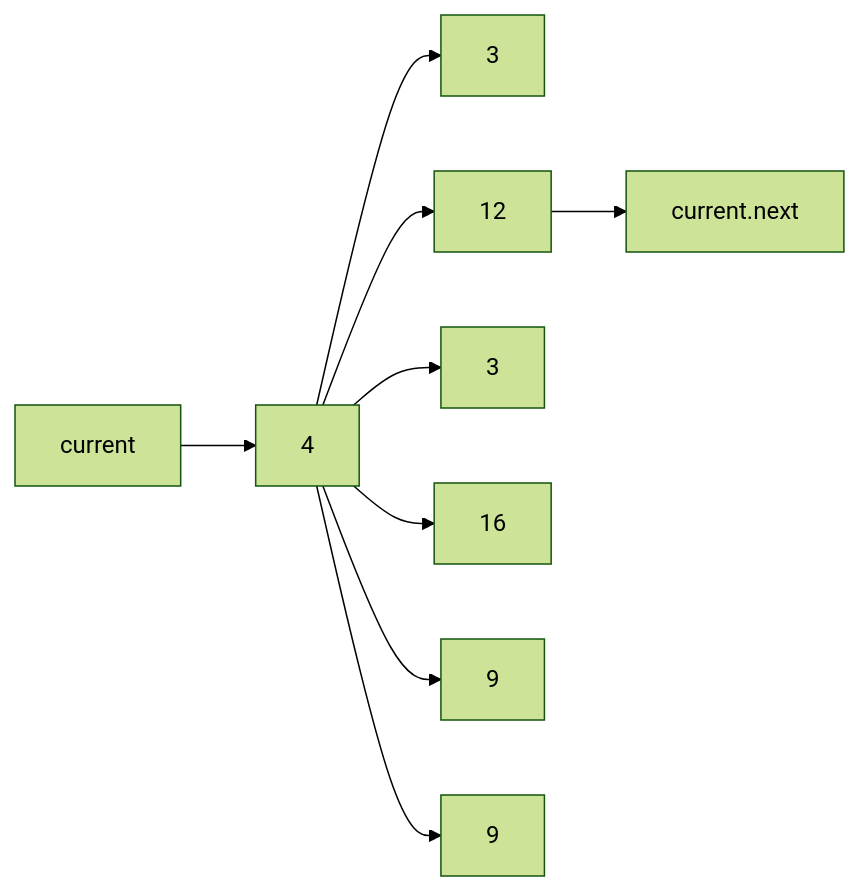
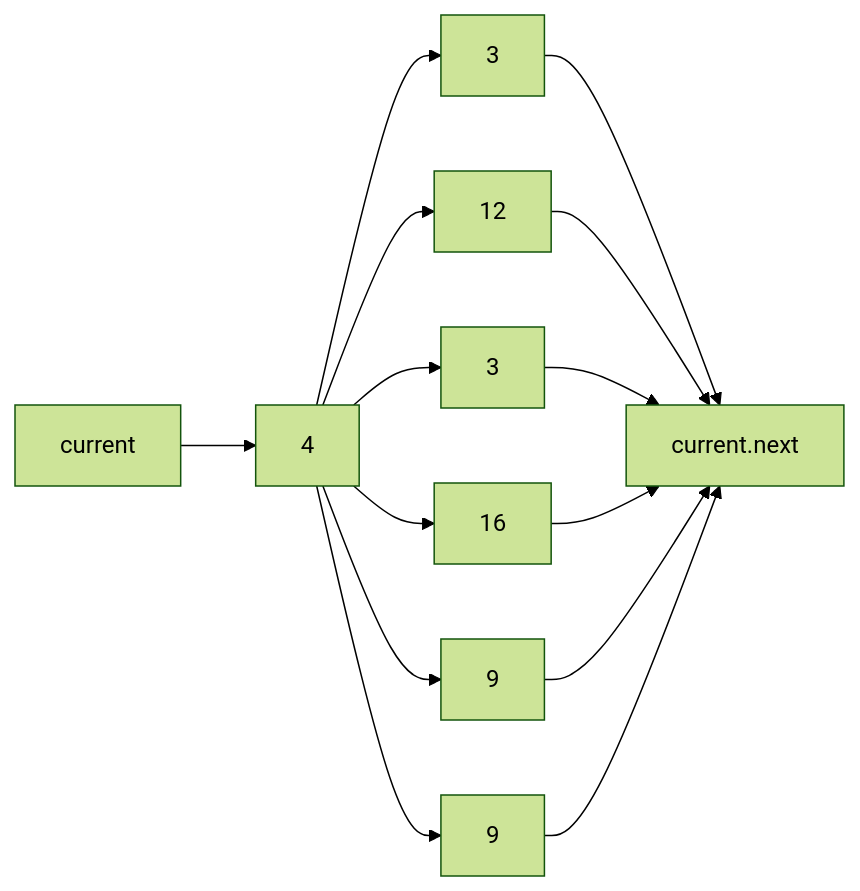
The fifth of 5 diagrams in remove-duplicates-from-a-linked-list.md (Jeffrey-S-Smith/reading-notes-401), drawn with Mermaid (forest theme) before and after one commit.

````diff
--- a/remove-duplicates-from-a-linked-list.md
+++ b/remove-duplicates-from-a-linked-list.md
@@ -67,9 +67,9 @@
 ```mermaid
     flowchart LR
-   current --> A[4] --> B[3]
+   current --> A[4] --> B[3] --> current.next
     A --> C[12] --> current.next
-    A --> D[3] 
-    A --> E[16]
-    A --> F[9]
-    A --> G[9] 
+    A --> D[3]  --> current.next
+    A --> E[16] --> current.next
+    A --> F[9] --> current.next
+    A --> G[9] --> current.next
    ```
````
